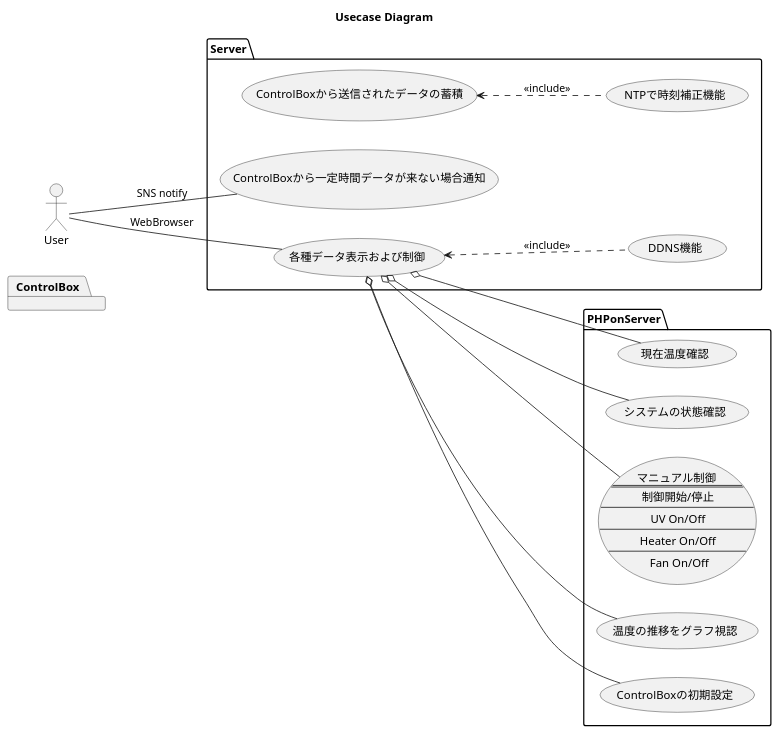
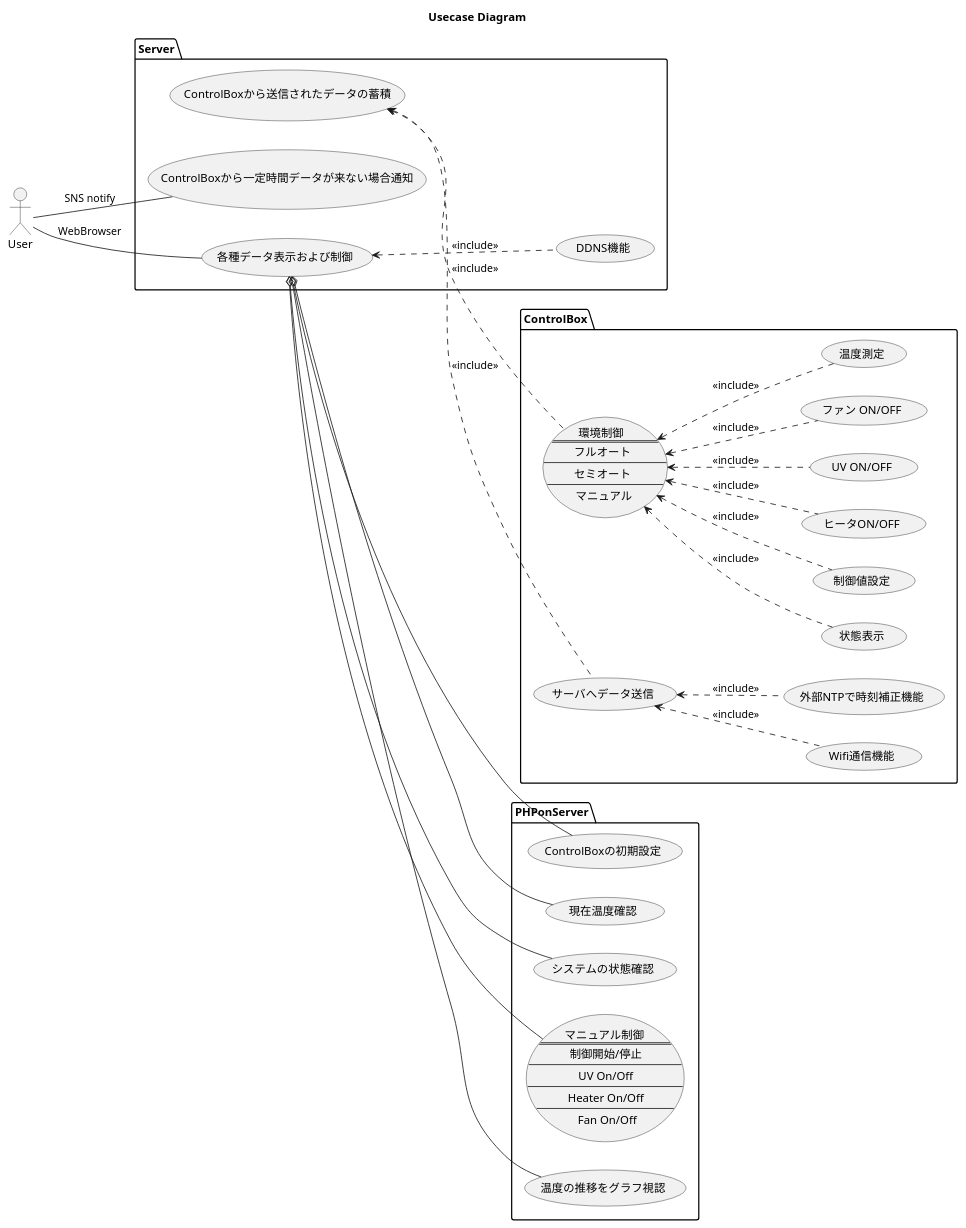
Before and after one commit to ShujiMikami/RenjiSystemProject: the diagram in RequirementsAndSpecs/UsecaseDiagram/UsecaseDiagram.plantuml, drawn with PlantUML. The commit also changed 1 other file, not shown here.

```diff
--- a/RequirementsAndSpecs/UsecaseDiagram/UsecaseDiagram.plantuml
+++ b/RequirementsAndSpecs/UsecaseDiagram/UsecaseDiagram.plantuml
@@ -1,41 +1,62 @@
 @startuml
 
 title Usecase Diagram
 
 left to right direction
 
 actor User as ActorUser
 
 
 
 package ControlBox{
+usecase "環境制御 \n==\n フルオート \n--\n セミオート \n--\n マニュアル" as UsecaseMainControl
+  usecase "ヒータON/OFF" as UsecaseHeaterControl
+  usecase "UV ON/OFF" as UsecaseUVControl
+  usecase "ファン ON/OFF" as UsecaseFanControl
+  usecase "温度測定" as UsecaseTempMeasure
+  usecase "Wifi通信機能" as UsecaseWifiConnect
+  usecase "外部NTPで時刻補正機能" as UsecaseNTPTimeCalibration
+  usecase "状態表示" as UsecaseStatusIndicate
+  usecase "制御値設定" as UsecaseSetValue
+  usecase "サーバへデータ送信" as UsecaseSendDataToServer
+
+  UsecaseMainControl <.. UsecaseHeaterControl : <<include>>
+  UsecaseMainControl <.. UsecaseUVControl : <<include>>
+  UsecaseMainControl <.. UsecaseFanControl : <<include>>
+  UsecaseMainControl <.. UsecaseTempMeasure : <<include>>
+  UsecaseMainControl <.. UsecaseStatusIndicate : <<include>>
+  UsecaseMainControl <.. UsecaseSetValue : <<include>>
+  UsecaseSendDataToServer <.. UsecaseNTPTimeCalibration : <<include>>
+  UsecaseSendDataToServer <.. UsecaseWifiConnect : <<include>>
+  
 }
+
 
 package Server{
   usecase "DDNS機能" as UsecaseDDNS
-  usecase "NTPで時刻補正機能" as UsecaseNTPTimeCalibration
   usecase "ControlBoxから送信されたデータの蓄積" as UsecaseDataLogging
   usecase "ControlBoxから一定時間データが来ない場合通知" as UsecaseNotifyControlBoxSilent
   usecase "各種データ表示および制御" as UsecaseRemoteControlAndWatch
   
   UsecaseRemoteControlAndWatch <.. UsecaseDDNS : <<include>>
-  UsecaseDataLogging <.. UsecaseNTPTimeCalibration : <<include>>
 }
 
 package PHPonServer{
   usecase "現在温度確認" as UsecaseGetCurrentTemp
   usecase "システムの状態確認" as UsecaseGetCurrentStatus
   usecase "マニュアル制御 \n==\n 制御開始/停止 \n--\n UV On/Off \n--\n Heater On/Off \n--\n Fan On/Off" as UsecaseFullManualControl
   usecase "温度の推移をグラフ視認" as UsecaseIndicateGraph
   usecase "ControlBoxの初期設定" as UsecaseSetupControlBox
 } 
 
 ActorUser -- UsecaseRemoteControlAndWatch : WebBrowser
 ActorUser -- UsecaseNotifyControlBoxSilent : SNS notify
 
 UsecaseRemoteControlAndWatch o-- UsecaseGetCurrentTemp
 UsecaseRemoteControlAndWatch o-- UsecaseGetCurrentStatus
 UsecaseRemoteControlAndWatch o-- UsecaseFullManualControl
 UsecaseRemoteControlAndWatch o-- UsecaseIndicateGraph
 UsecaseRemoteControlAndWatch o-- UsecaseSetupControlBox
+UsecaseDataLogging <.. UsecaseSendDataToServer : <<include>>
+UsecaseDataLogging <.. UsecaseMainControl : <<include>>
 @enduml
```
